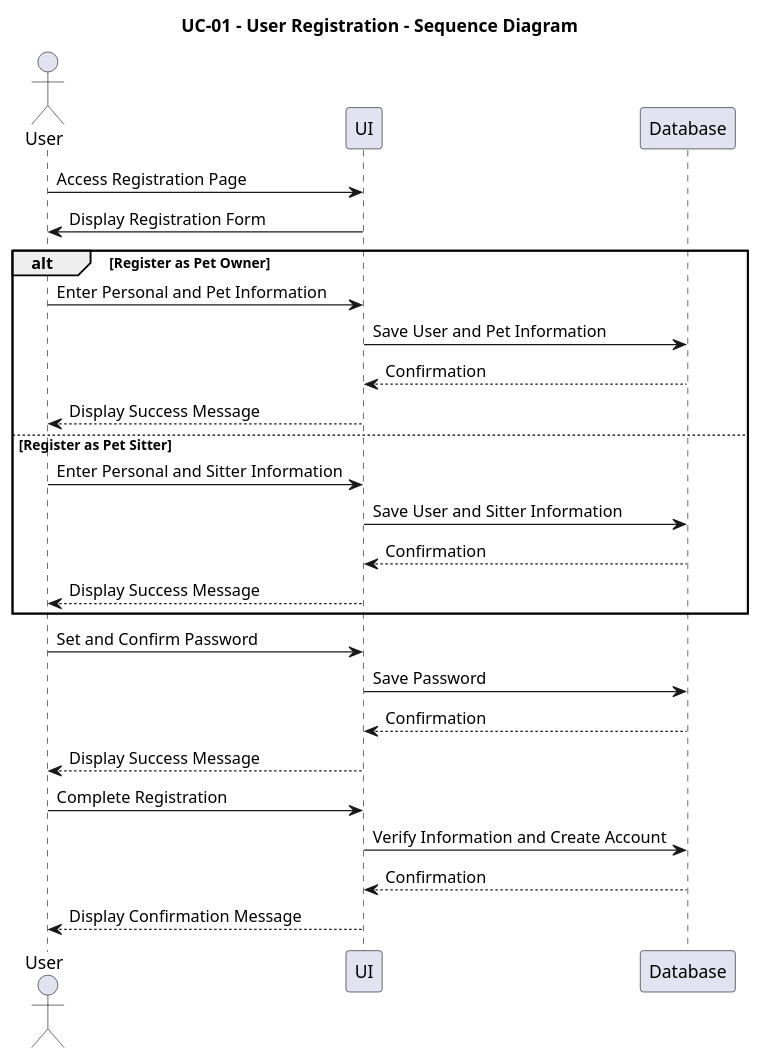
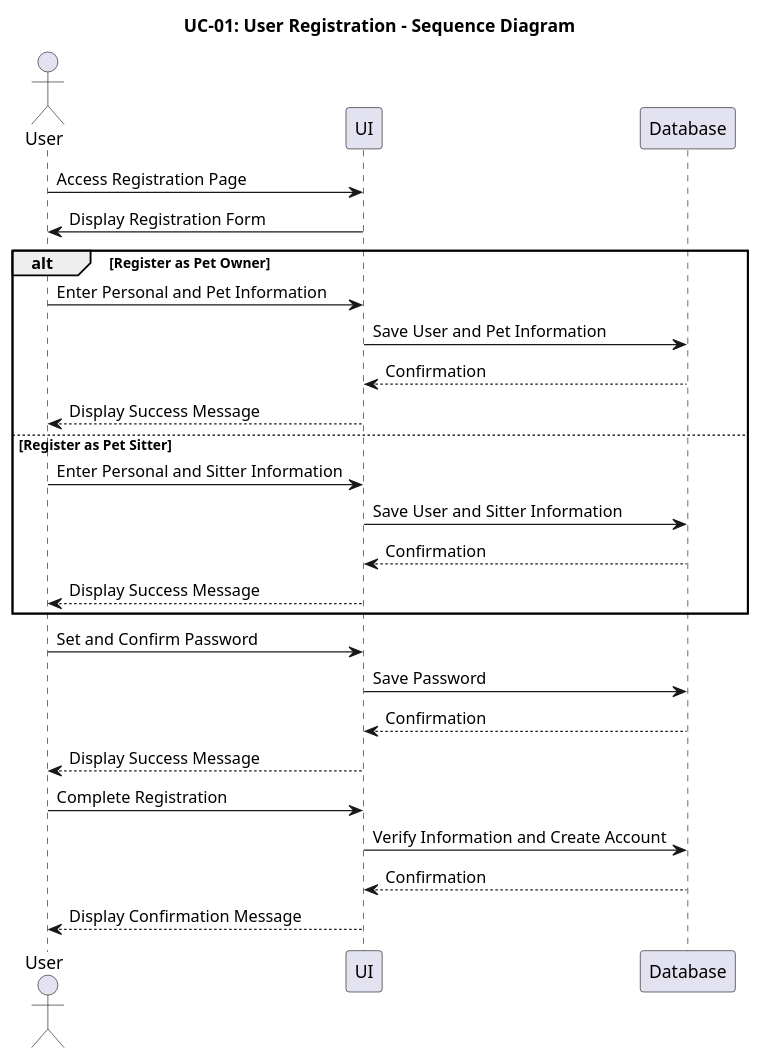
The diagram in Documents/PlantUML/UC-01_SEQUENCE_Diagram.puml (IrenePorta/PetSitters), drawn with PlantUML before and after one commit.

```diff
--- a/Documents/PlantUML/UC-01_SEQUENCE_Diagram.puml
+++ b/Documents/PlantUML/UC-01_SEQUENCE_Diagram.puml
@@ -1,33 +1,33 @@
 @startuml
-title UC-01 - User Registration - Sequence Diagram
+title UC-01: User Registration - Sequence Diagram
 
 actor User
 participant UI
 participant Database
 
 User -> UI : Access Registration Page
 UI -> User : Display Registration Form
 
 alt Register as Pet Owner
     User -> UI : Enter Personal and Pet Information
     UI -> Database : Save User and Pet Information
     Database --> UI : Confirmation
     UI --> User : Display Success Message
 else Register as Pet Sitter
     User -> UI : Enter Personal and Sitter Information
     UI -> Database : Save User and Sitter Information
     Database --> UI : Confirmation
     UI --> User : Display Success Message
 end
 
 User -> UI : Set and Confirm Password
 UI -> Database : Save Password
 Database --> UI : Confirmation
 UI --> User : Display Success Message
 
 User -> UI : Complete Registration
 UI -> Database : Verify Information and Create Account
 Database --> UI : Confirmation
 UI --> User : Display Confirmation Message
 
 @enduml
```
